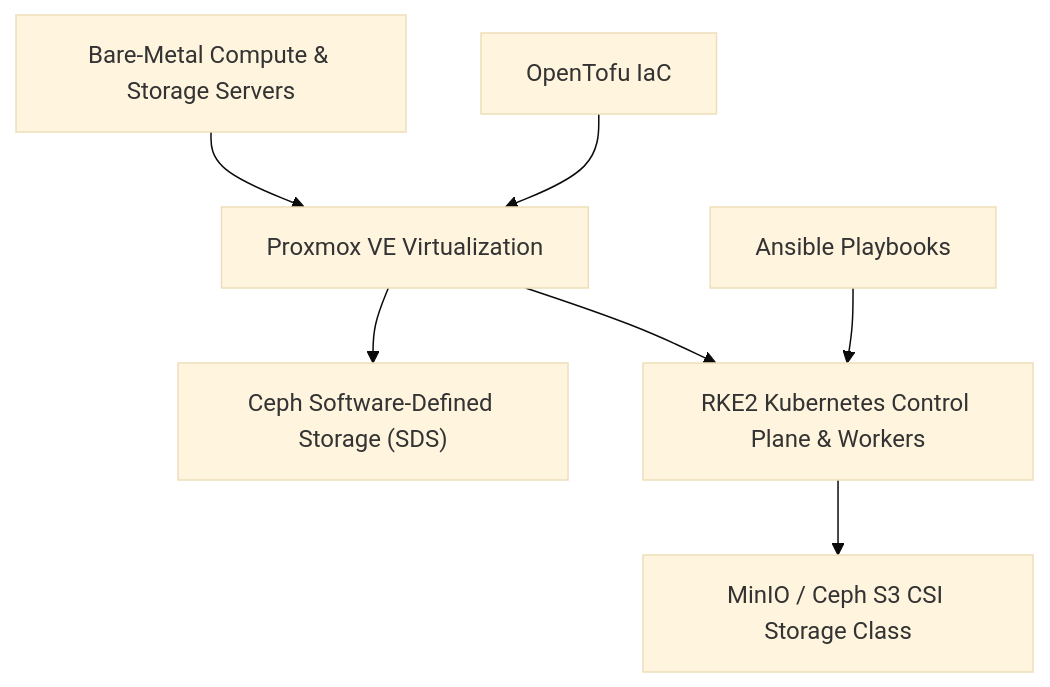
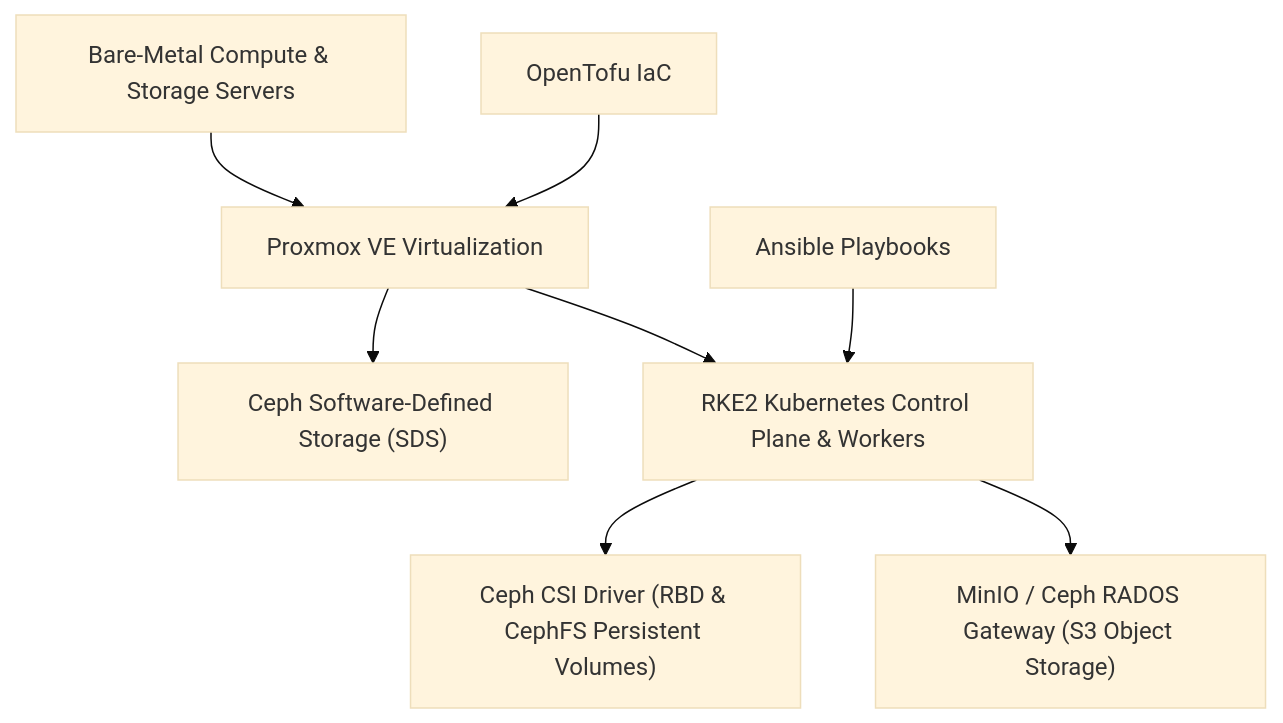
Before and after one commit to linuxmalaysia/bda-ai-infra: the diagram in openwiki/infrastructure/proxmox-rke2-ceph.md, drawn with Mermaid (base theme). The commit also changed other lines of this file and 16 other files, not shown here.

````diff
--- a/openwiki/infrastructure/proxmox-rke2-ceph.md
+++ b/openwiki/infrastructure/proxmox-rke2-ceph.md
@@ -15,9 +15,10 @@
 ```mermaid
 graph TD
     Hardware["Bare-Metal Compute & Storage Servers"] --> Proxmox["Proxmox VE Virtualization"]
     Proxmox --> Ceph["Ceph Software-Defined Storage (SDS)"]
     Proxmox --> RKE2["RKE2 Kubernetes Control Plane & Workers"]
-    RKE2 --> Longhorn["MinIO / Ceph S3 CSI Storage Class"]
+    RKE2 --> CephCSI["Ceph CSI Driver (RBD & CephFS Persistent Volumes)"]
+    RKE2 --> S3Store["MinIO / Ceph RADOS Gateway (S3 Object Storage)"]
     OpenTofu["OpenTofu IaC"] --> Proxmox
     Ansible["Ansible Playbooks"] --> RKE2
 ```
````
